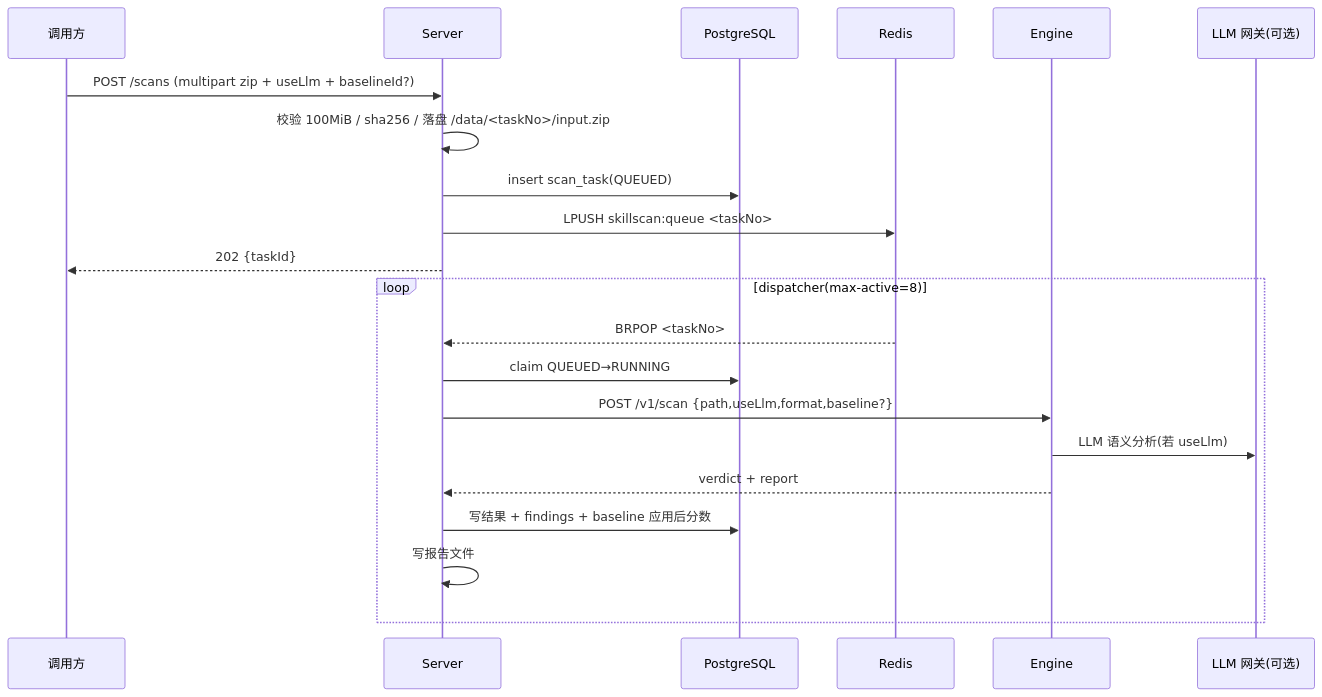
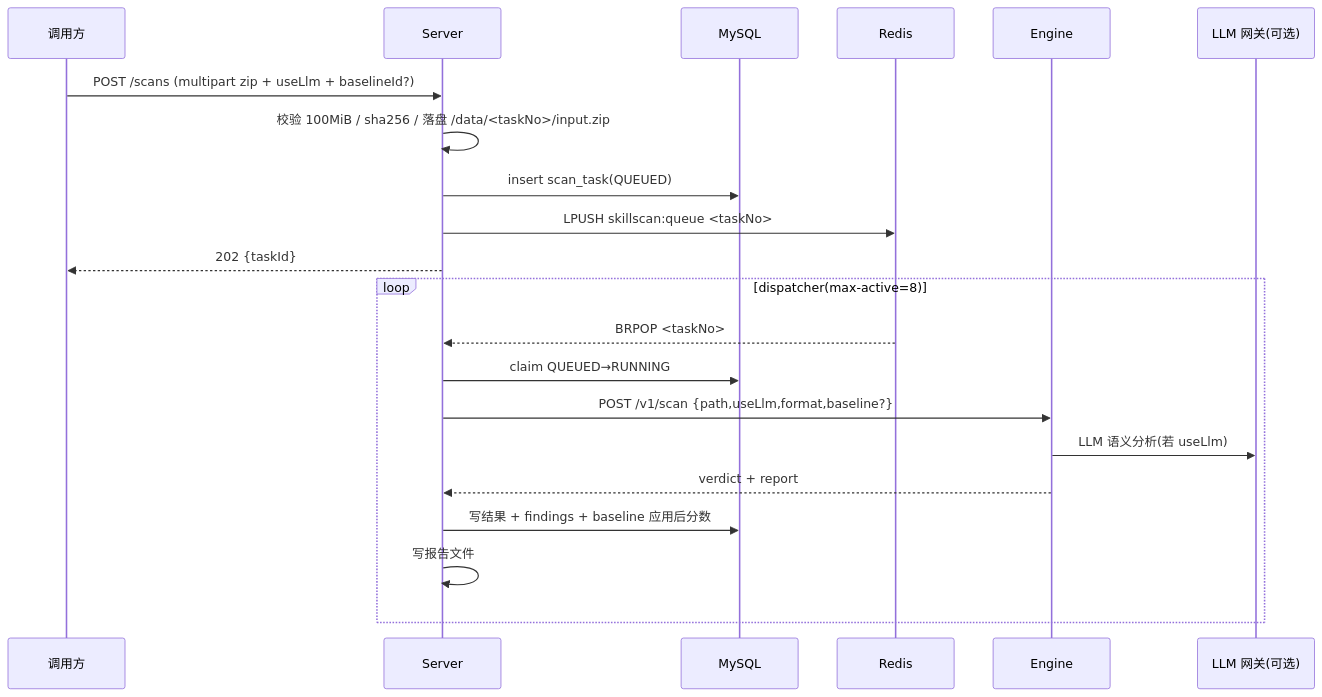
Before and after one commit to ikaros-0117/skill-poison-detect: the diagram in docs/architecture.md, drawn with Mermaid. The commit also changed other lines of this file and 39 other files, not shown here.

````diff
--- a/docs/architecture.md
+++ b/docs/architecture.md
@@ -62,25 +62,25 @@
 ```mermaid
 sequenceDiagram
     participant C as 调用方
     participant S as Server
-    participant PG as PostgreSQL
+    participant DB as MySQL
     participant R as Redis
     participant E as Engine
     participant L as LLM 网关(可选)
 
     C->>S: POST /scans (multipart zip + useLlm + baselineId?)
     S->>S: 校验 100MiB / sha256 / 落盘 /data/<taskNo>/input.zip
-    S->>PG: insert scan_task(QUEUED)
+    S->>DB: insert scan_task(QUEUED)
     S->>R: LPUSH skillscan:queue <taskNo>
     S-->>C: 202 {taskId}
 
     loop dispatcher(max-active=8)
         R-->>S: BRPOP <taskNo>
-        S->>PG: claim QUEUED→RUNNING
+        S->>DB: claim QUEUED→RUNNING
         S->>E: POST /v1/scan {path,useLlm,format,baseline?}
         E->>L: LLM 语义分析(若 useLlm)
         E-->>S: verdict + report
-        S->>PG: 写结果 + findings + baseline 应用后分数
+        S->>DB: 写结果 + findings + baseline 应用后分数
         S->>S: 写报告文件
     end
 ```
````
